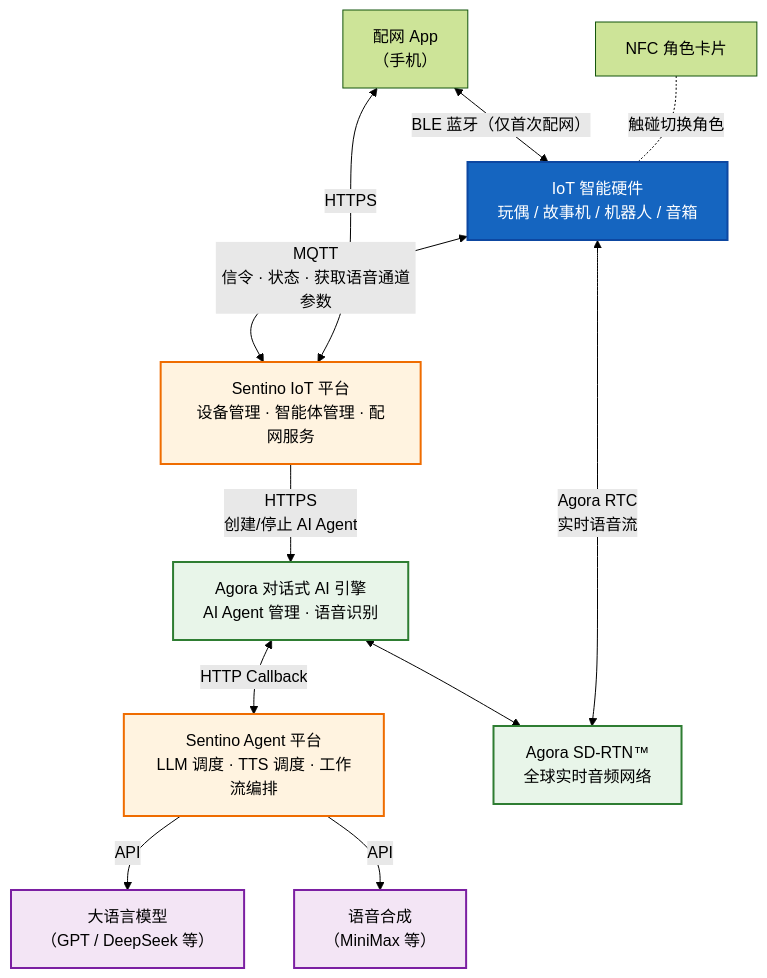
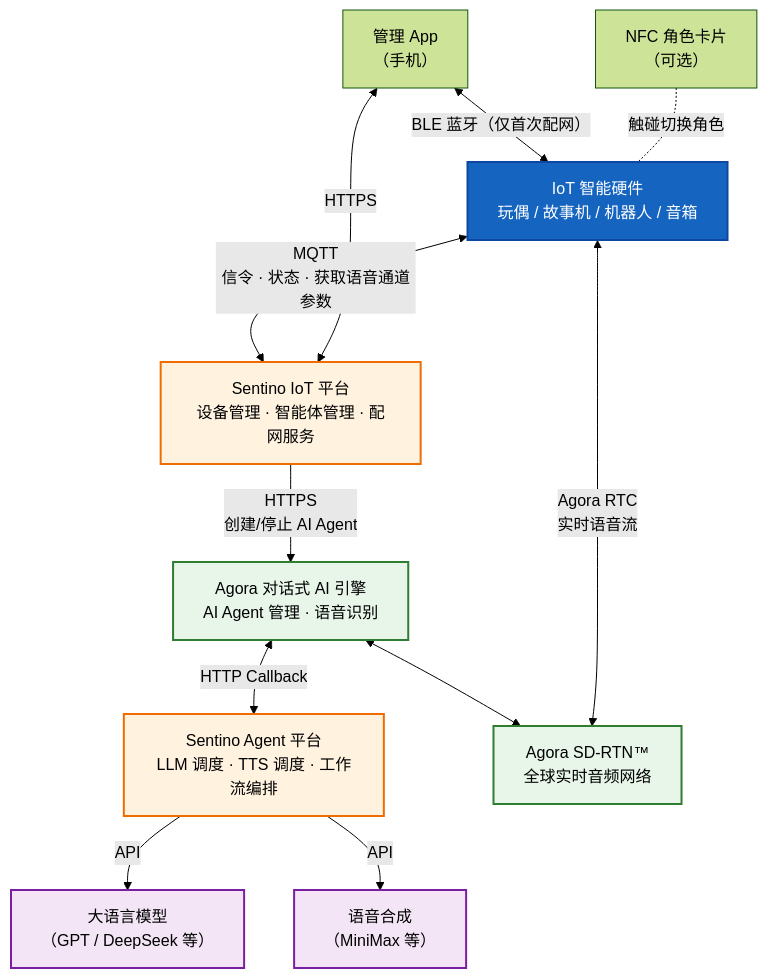
Before and after one commit to sentino-jp/iot-docs: the second of 3 diagrams in architecture-overview.md, drawn with Mermaid (forest theme). The commit also changed other lines of this file and 6 other files, not shown here.

First line of the commit message:
docs: mark NFC as optional and rename "配网 App" to "管理 App"

````diff
--- a/architecture-overview.md
+++ b/architecture-overview.md
@@ -75,31 +75,31 @@
 ```mermaid
 graph TB
     Device["IoT 智能硬件<br/>玩偶 / 故事机 / 机器人 / 音箱"]
-    App["配网 App<br/>（手机）"]
-    NFC["NFC 角色卡片"]
+    App["管理 App<br/>（手机）"]
+    NFC["NFC 角色卡片<br/>（可选）"]
     Cloud["Sentino IoT 平台<br/>设备管理 · 智能体管理 · 配网服务"]
     SentinoAgent["Sentino Agent 平台<br/>LLM 调度 · TTS 调度 · 工作流编排"]
     AgoraAI["Agora 对话式 AI 引擎<br/>AI Agent 管理 · 语音识别"]
     AgoraRTC["Agora SD-RTN™<br/>全球实时音频网络"]
     LLM["大语言模型<br/>（GPT / DeepSeek 等）"]
     TTS["语音合成<br/>（MiniMax 等）"]
 
     NFC -.-|"触碰切换角色"| Device
     App <-->|"BLE 蓝牙（仅首次配网）"| Device
     App <-->|"HTTPS"| Cloud
     Device <-->|"MQTT<br/>信令 · 状态 · 获取语音通道参数"| Cloud
     Device <-->|"Agora RTC<br/>实时语音流"| AgoraRTC
     Cloud -->|"HTTPS<br/>创建/停止 AI Agent"| AgoraAI
     AgoraAI <--> AgoraRTC
     AgoraAI <-->|"HTTP Callback"| SentinoAgent
     SentinoAgent -->|"API"| LLM
     SentinoAgent -->|"API"| TTS
 
     style Device fill:#1565C0,stroke:#0D47A1,color:#fff,stroke-width:2px
     style Cloud fill:#FFF3E0,stroke:#EF6C00,stroke-width:2px
     style SentinoAgent fill:#FFF3E0,stroke:#EF6C00,stroke-width:2px
     style AgoraAI fill:#E8F5E9,stroke:#2E7D32,stroke-width:2px
     style AgoraRTC fill:#E8F5E9,stroke:#2E7D32,stroke-width:2px
     style LLM fill:#F3E5F5,stroke:#7B1FA2,stroke-width:2px
     style TTS fill:#F3E5F5,stroke:#7B1FA2,stroke-width:2px
 ```
````
